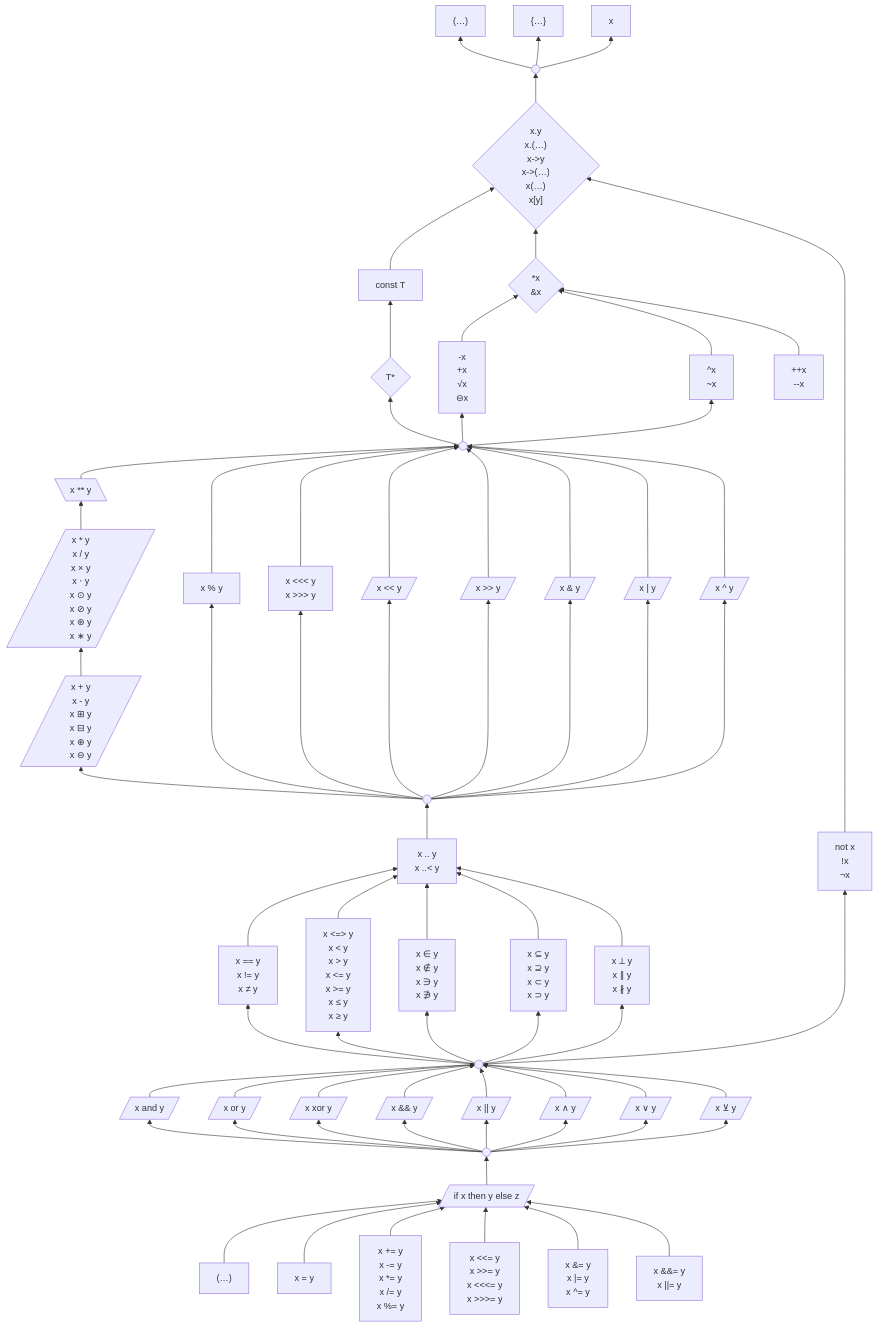
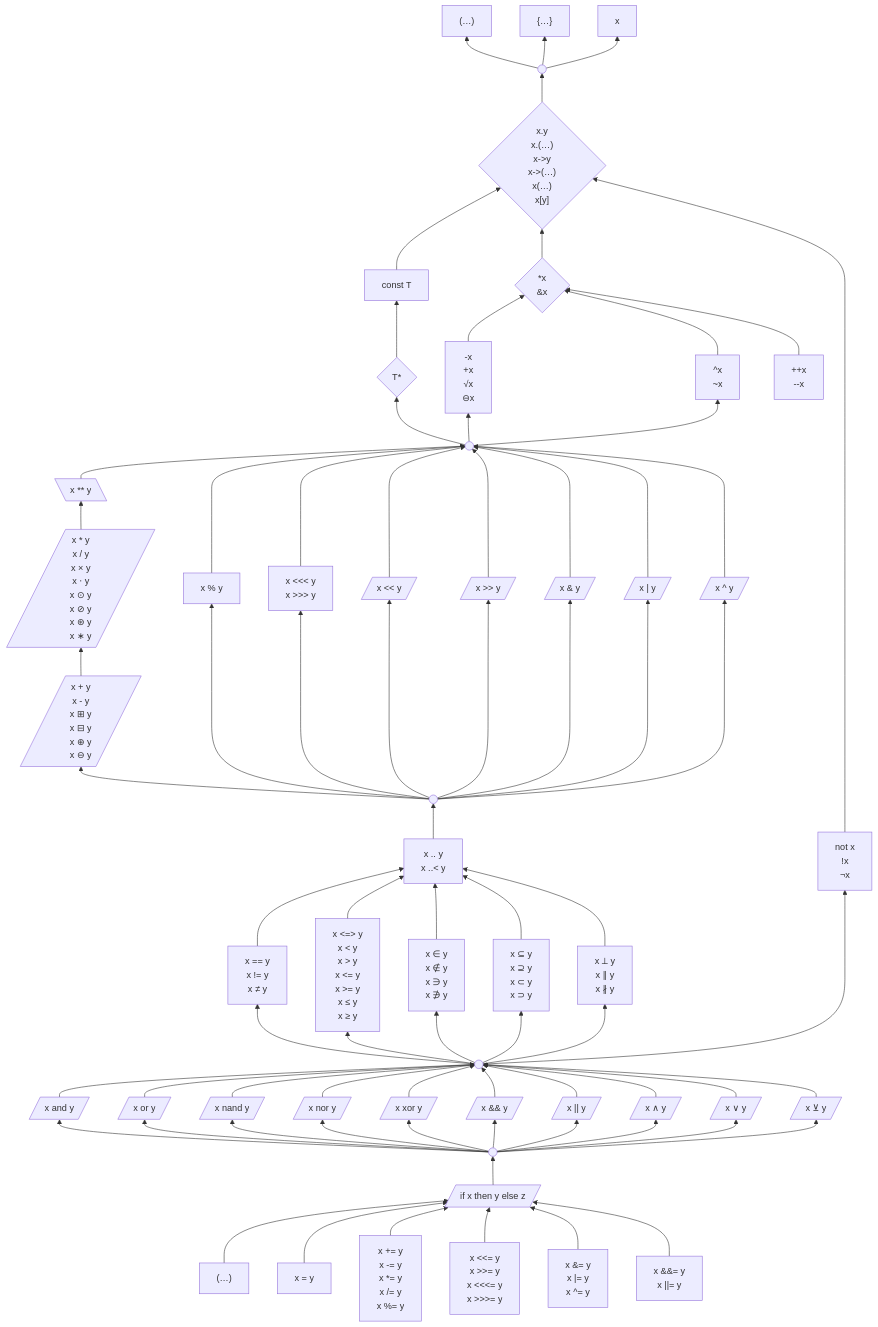
The first of 2 diagrams in 6 .../2 Unfinished Ideas.md (laro/Cilia), drawn with Mermaid before and after one commit.

Commit message:
Update 2 Unfinished Ideas.md

```diff
--- a/6 .../2 Unfinished Ideas.md
+++ b/6 .../2 Unfinished Ideas.md
@@ -276,9 +276,11 @@
     %% as ------> unary
     %% as["x as T"]
 
-    and & or & xor & andAmp & orAmp & andSym & orSym & xorSym --> logicalOperand
+    and & or & nand & nor & xor & andAmp & orAmp & andSym & orSym & xorSym --> logicalOperand
     and[/"x and y"/]
     or[/"x or y"/]
+    nand[/"x nand y"/]
+    nor[/"x nor y"/]
     xor[/"x xor y"/]
     andAmp[/"x && y"/]
     orAmp[/"x || y"/]
@@ -287,7 +289,7 @@
     xorSym[/"x ⊻ y"/]
 
     %% logicalExpression ---> as
-    logicalExpression --> and & or & xor & andAmp & orAmp & andSym & orSym & xorSym
+    logicalExpression --> and & or & nand & nor & xor & andAmp & orAmp & andSym & orSym & xorSym
     logicalExpression((" "))
 
     ifThenElse --> logicalExpression
```
